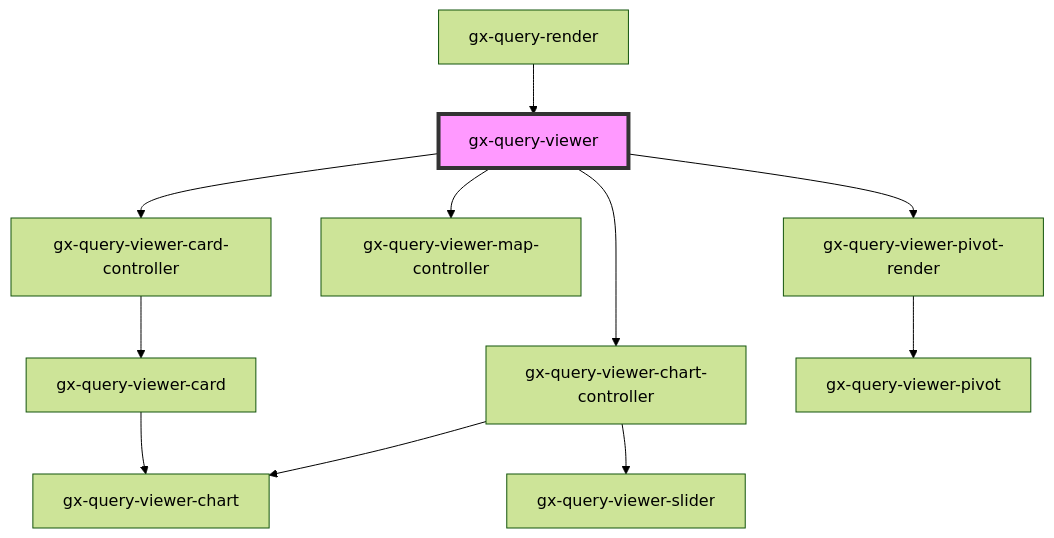
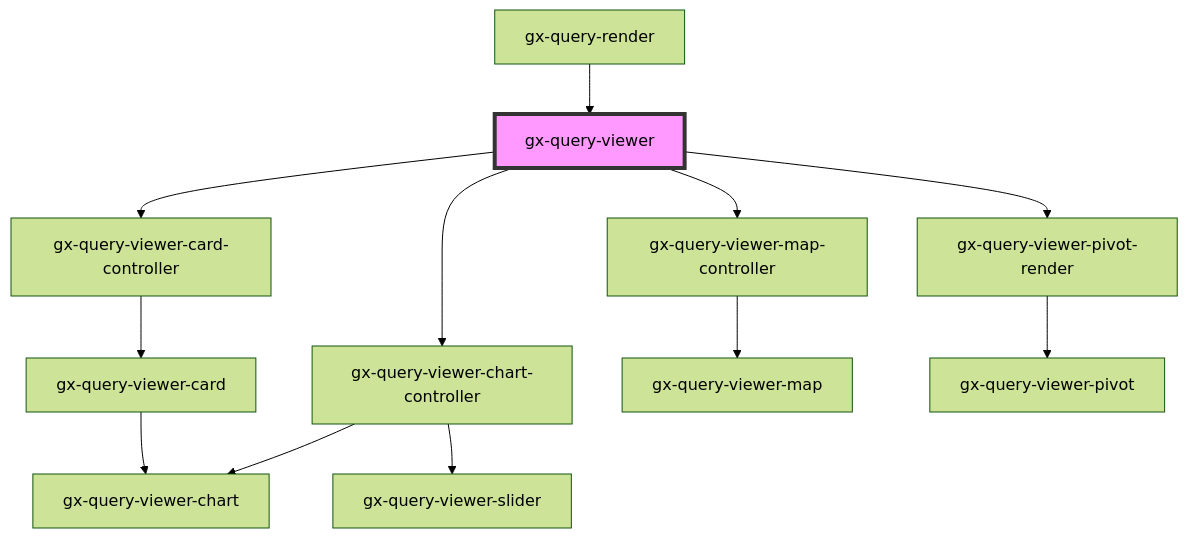
Before and after one commit to genexuslabs/reporting-controls-library: the diagram in src/components/query-viewer/readme.md, drawn with Mermaid (forest theme). The commit also changed 1 other file, not shown here.

Commit message:
update definitions file

````diff
--- a/src/components/query-viewer/readme.md
+++ b/src/components/query-viewer/readme.md
@@ -122,14 +122,15 @@
 ```mermaid
 graph TD;
   gx-query-viewer --> gx-query-viewer-card-controller
   gx-query-viewer --> gx-query-viewer-chart-controller
   gx-query-viewer --> gx-query-viewer-map-controller
   gx-query-viewer --> gx-query-viewer-pivot-render
   gx-query-viewer-card-controller --> gx-query-viewer-card
   gx-query-viewer-card --> gx-query-viewer-chart
   gx-query-viewer-chart-controller --> gx-query-viewer-chart
   gx-query-viewer-chart-controller --> gx-query-viewer-slider
+  gx-query-viewer-map-controller --> gx-query-viewer-map
   gx-query-viewer-pivot-render --> gx-query-viewer-pivot
   gx-query-render --> gx-query-viewer
   style gx-query-viewer fill:#f9f,stroke:#333,stroke-width:4px
 ```
````
